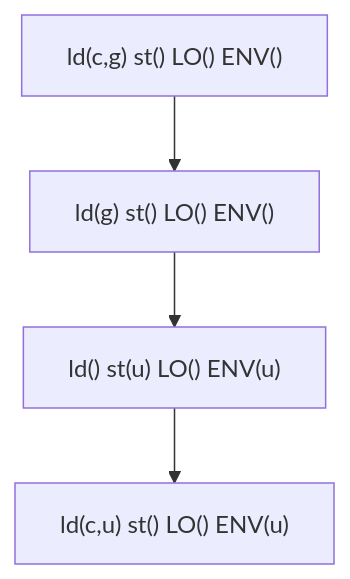
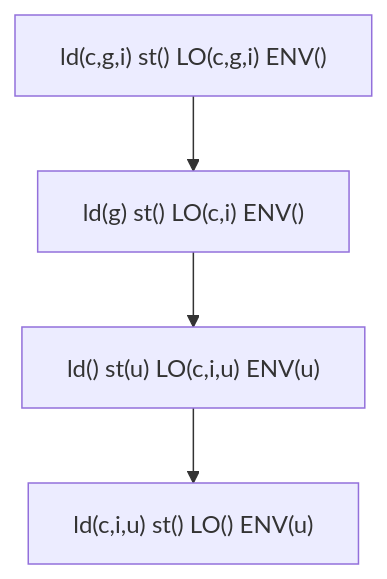
Before and after one commit to Yosshi999/ARCGolfVisualizer: the fourth of 6 diagrams in zlib_optimizer/graph.md, drawn with Mermaid. The commit also changed other lines of this file and 1 other file, not shown here.

````diff
--- a/zlib_optimizer/graph.md
+++ b/zlib_optimizer/graph.md
@@ -54,10 +51,10 @@
 ```mermaid
 graph TB
-  N1886106574672["ld(c,g) st() LO() ENV()"]
-  N1886106574672 --> N1886106576592
-  N1886106576592["ld(g) st() LO() ENV()"]
-  N1886106576592 --> N1886106577040
-  N1886106577040["ld() st(u) LO() ENV(u)"]
-  N1886106577040 --> N1886095222864
-  N1886095222864["ld(c,u) st() LO() ENV(u)"]
+  N2789306706960["ld(c,g,i) st() LO(c,g,i) ENV()"]
+  N2789306706960 --> N2789306707344
+  N2789306707344["ld(g) st() LO(c,i) ENV()"]
+  N2789306707344 --> N2789306707920
+  N2789306707920["ld() st(u) LO(c,i,u) ENV(u)"]
+  N2789306707920 --> N2789306708304
+  N2789306708304["ld(c,i,u) st() LO() ENV(u)"]
 ```
````
